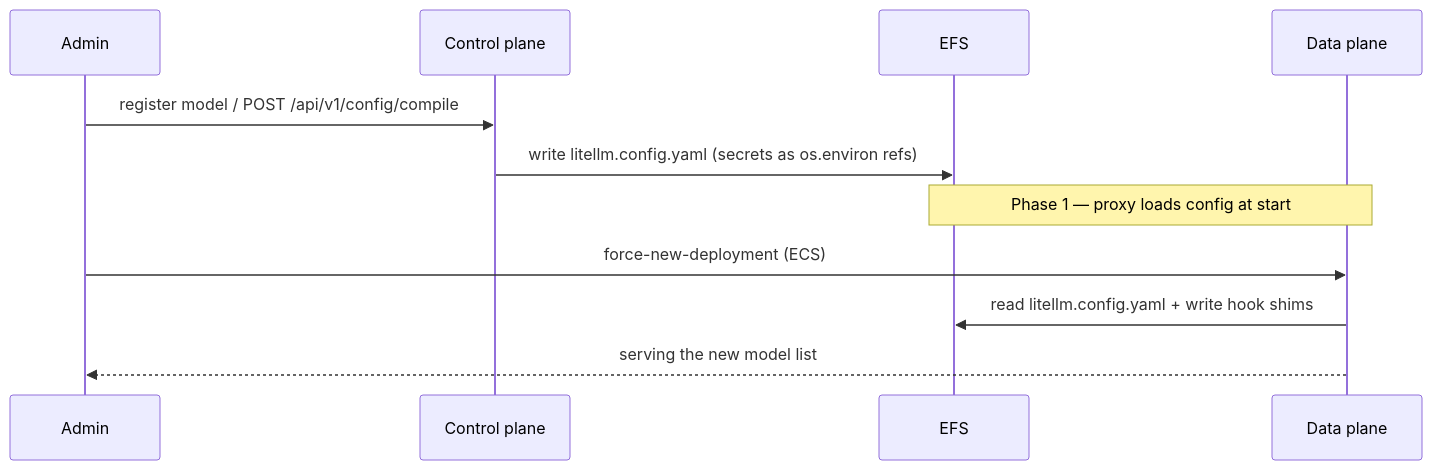
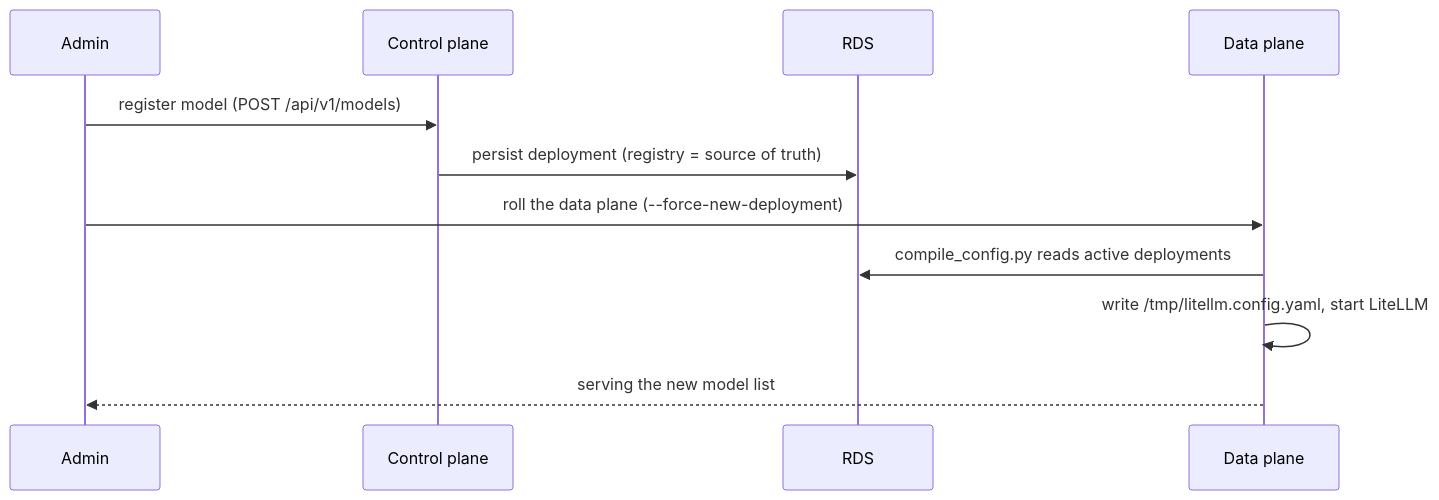
The third of 3 diagrams in doc/aws-cdk-deployment.md (yennanliu/ai-gateway), drawn with Mermaid before and after one commit. The commit also changed other lines of this file and 10 other files, not shown here.

First line of the commit message:
feat(aws): simplify Phase 1 (RDS t4g, self-compiled config) + phases/SaaS/CI

````diff
--- a/doc/aws-cdk-deployment.md
+++ b/doc/aws-cdk-deployment.md
@@ -211,13 +198,13 @@
 ```mermaid
 sequenceDiagram
   participant Admin
   participant CP as Control plane
-  participant EFS
+  participant DB as RDS
   participant DP as Data plane
-  Admin->>CP: register model / POST /api/v1/config/compile
-  CP->>EFS: write litellm.config.yaml (secrets as os.environ refs)
-  Note over DP,EFS: Phase 1 — proxy loads config at start
-  Admin->>DP: force-new-deployment (ECS)
-  DP->>EFS: read litellm.config.yaml + write hook shims
+  Admin->>CP: register model (POST /api/v1/models)
+  CP->>DB: persist deployment (registry = source of truth)
+  Admin->>DP: roll the data plane (--force-new-deployment)
+  DP->>DB: compile_config.py reads active deployments
+  DP->>DP: write /tmp/litellm.config.yaml, start LiteLLM
   DP-->>Admin: serving the new model list
 ```
````
